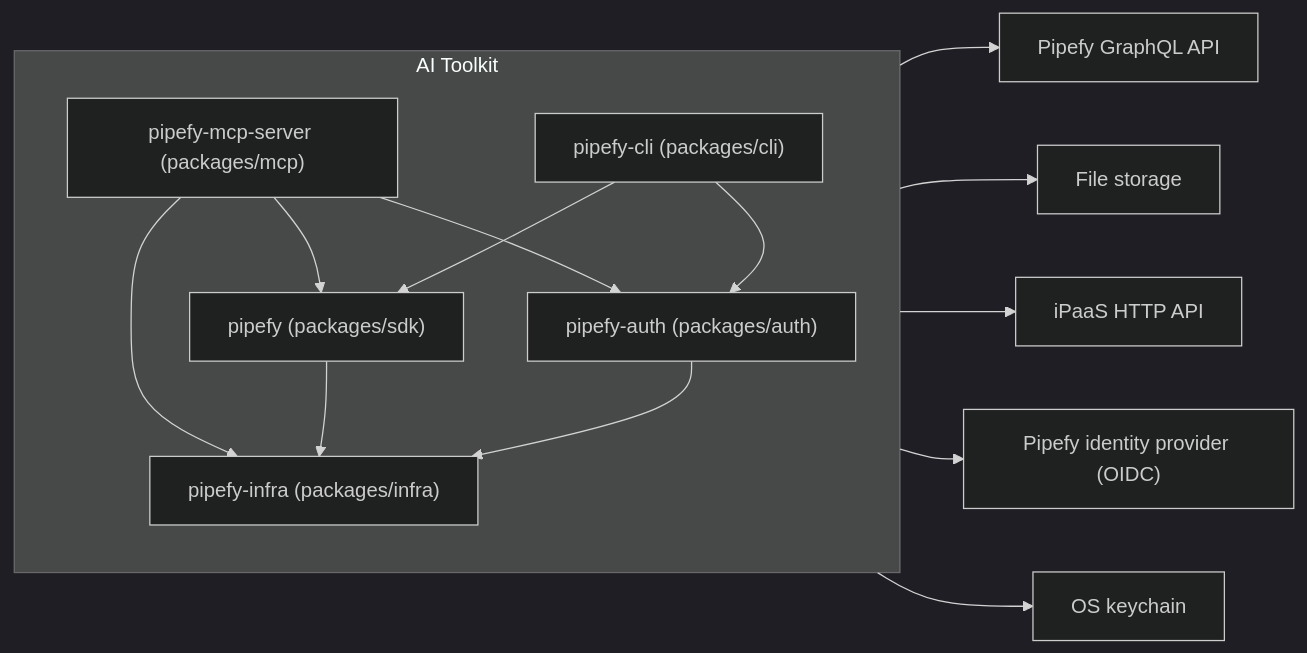
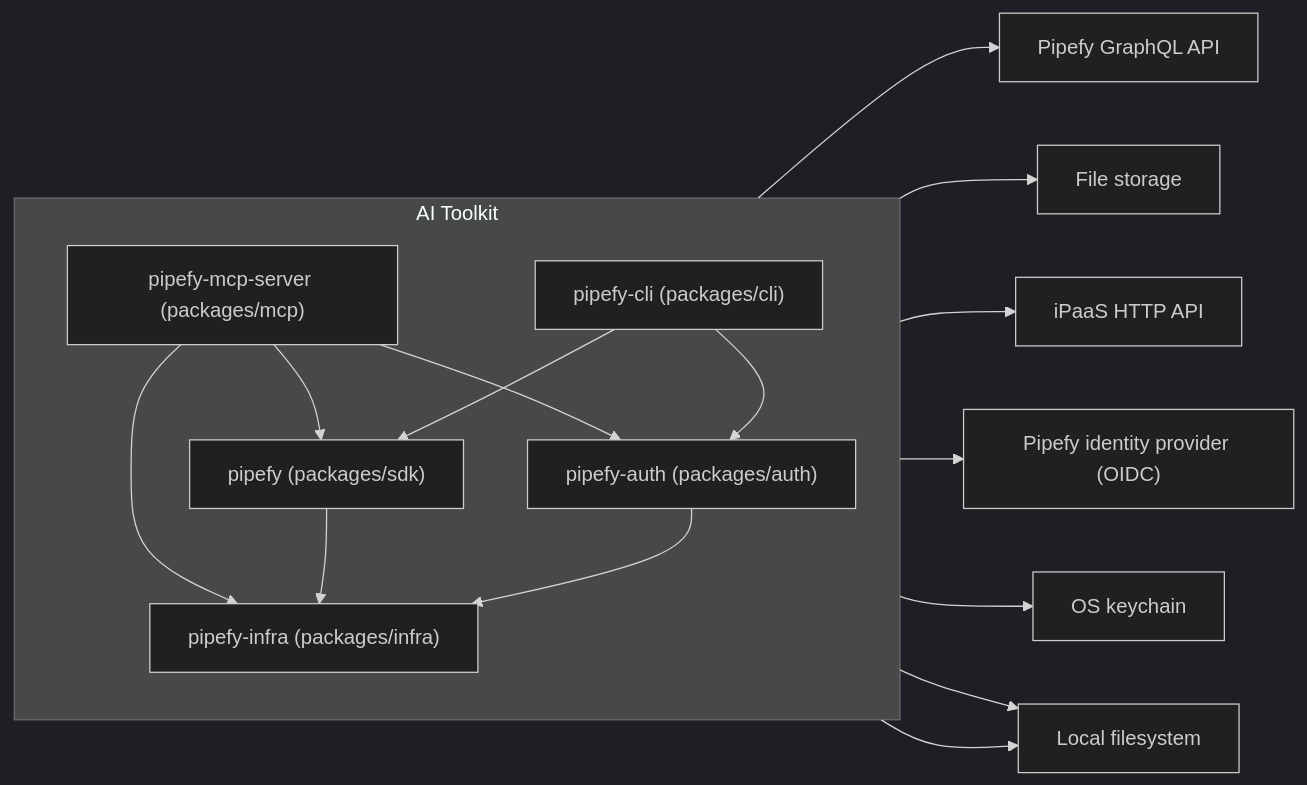
Before and after one commit to gbrlcustodio/pipefy-mcp-server: the second of 2 diagrams in docs/contributing/architecture.md, drawn with Mermaid (dark theme). The commit also changed other lines of this file, not shown here.

Commit message:
docs: draw the disk a credential lands on
The local filesystem was absent from the diagram, though a config file, a
file keyring, and the bytes of a local attachment all cross there. A
credential lands on disk by two paths, and the diagram drew only the safe
one, the OS keychain.

The table row states both paths. The file mode neither one sets stays
where it is, in `Known gaps`. `Package decomposition` takes two edges,
since two packages perform that I/O.

````diff
--- a/docs/contributing/architecture.md
+++ b/docs/contributing/architecture.md
@@ -177,25 +179,27 @@
 ```mermaid
 flowchart LR
     subgraph toolkit["AI Toolkit"]
         direction TB
         mcp["pipefy-mcp-server (packages/mcp)"]
         cli["pipefy-cli (packages/cli)"]
         sdk["pipefy (packages/sdk)"]
         auth["pipefy-auth (packages/auth)"]
         infra["pipefy-infra (packages/infra)"]
 
         mcp --> sdk
         mcp --> auth
         mcp --> infra
         cli --> sdk
         cli --> auth
         sdk --> infra
         auth --> infra
     end
 
     sdk --> graphql["Pipefy GraphQL API"]
     sdk --> storage["File storage"]
     mcp --> ipaas["iPaaS HTTP API"]
     auth --> idp["Pipefy identity provider (OIDC)"]
     auth --> keychain["OS keychain"]
+    auth --> files["Local filesystem"]
+    infra --> files
 ```
````
